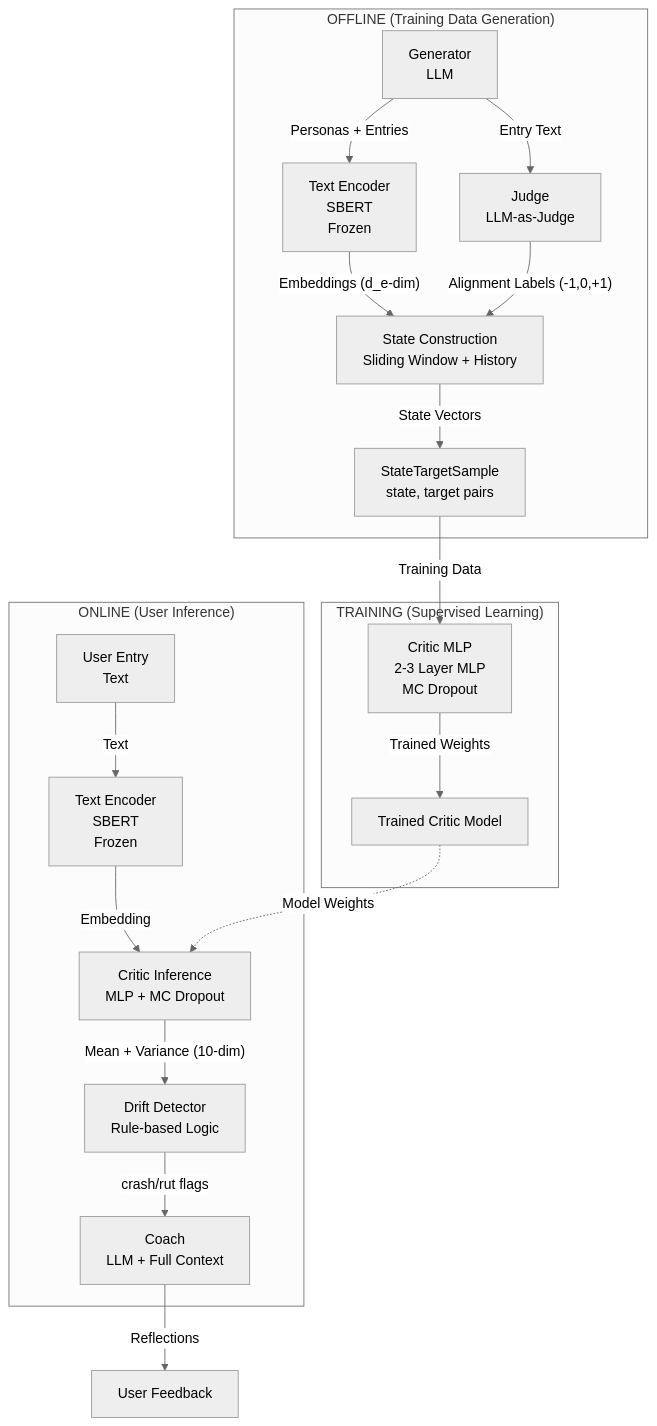
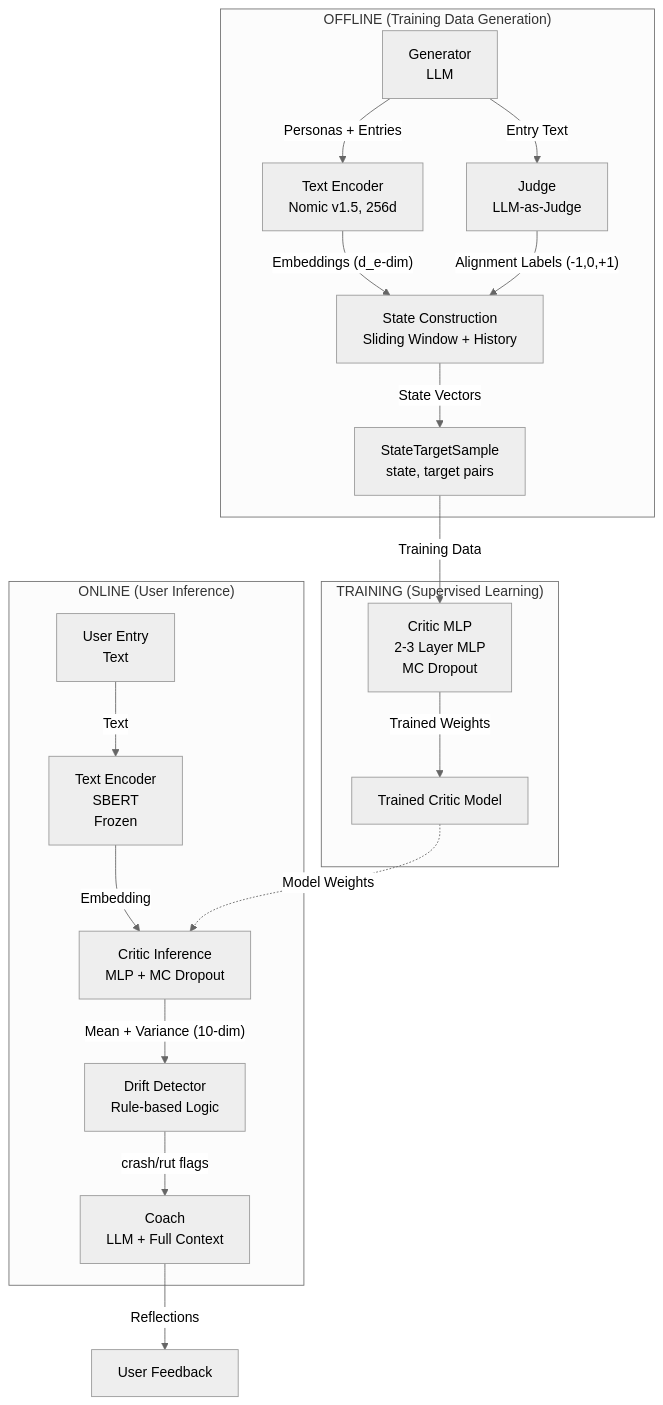
One commit to DesmondChoy/twinkl changed the diagram in docs/archive/vif/system_architecture_diagrams.md. Above: the diagram before and after it, drawn with Mermaid (neutral theme).

Commit message:
fix(docs): update archived architecture diagram

````diff
--- a/docs/archive/vif/system_architecture_diagrams.md
+++ b/docs/archive/vif/system_architecture_diagrams.md
@@ -6,38 +6,38 @@
 ```mermaid
 flowchart TB
     subgraph offline["OFFLINE (Training Data Generation)"]
         generator[Generator<br/>LLM]
-        encoder1[Text Encoder<br/>SBERT<br/>Frozen]
+        encoder1[Text Encoder<br/>Nomic v1.5, 256d]
         judge[Judge<br/>LLM-as-Judge]
         stateBuilder[State Construction<br/>Sliding Window + History]
         dataset[StateTargetSample<br/>state, target pairs]
     end
 
     subgraph training["TRAINING (Supervised Learning)"]
         criticTrain[Critic MLP<br/>2-3 Layer MLP<br/>MC Dropout]
         trainedModel[Trained Critic Model]
     end
 
     subgraph online["ONLINE (User Inference)"]
         userEntry[User Entry<br/>Text]
         encoder2[Text Encoder<br/>SBERT<br/>Frozen]
         critic[Critic Inference<br/>MLP + MC Dropout]
         driftDetector[Drift Detector<br/>Rule-based Logic]
         coach[Coach<br/>LLM + Full Context]
     end
 
     generator -->|"Personas + Entries"| encoder1
     generator -->|"Entry Text"| judge
     encoder1 -->|"Embeddings (d_e-dim)"| stateBuilder
     judge -->|"Alignment Labels (-1,0,+1)"| stateBuilder
     stateBuilder -->|"State Vectors"| dataset
     dataset -->|"Training Data"| criticTrain
     criticTrain -->|"Trained Weights"| trainedModel
 
     userEntry -->|"Text"| encoder2
     encoder2 -->|"Embedding"| critic
     trainedModel -.->|"Model Weights"| critic
     critic -->|"Mean + Variance (10-dim)"| driftDetector
     driftDetector -->|"crash/rut flags"| coach
     coach -->|"Reflections"| userOut[User Feedback]
 ```
````
